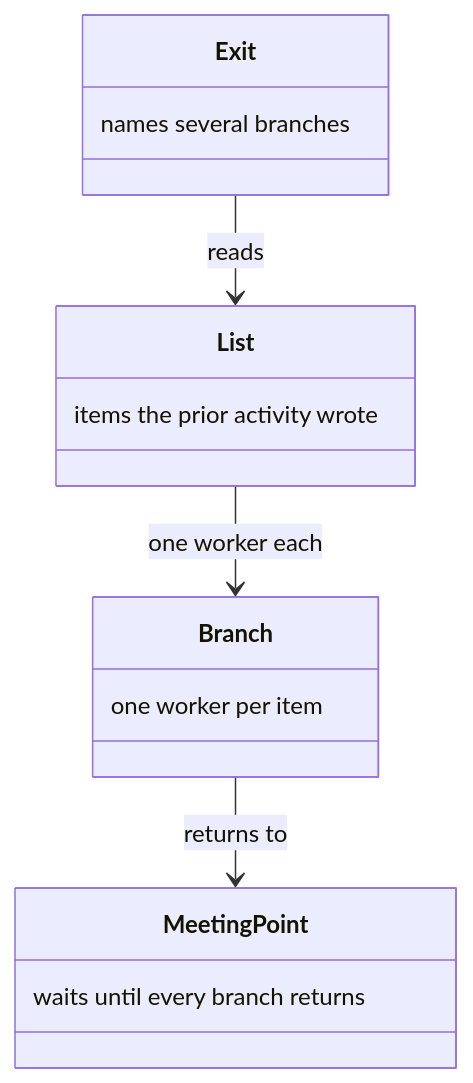
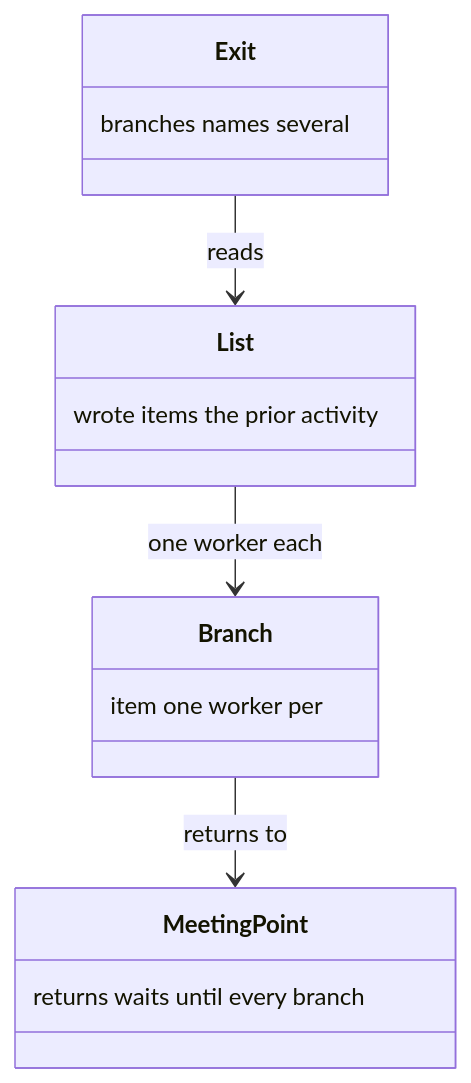
The tenth of 18 diagrams in docs/dispatch.md (m2ux/workflow-server), drawn with Mermaid before and after one commit. The commit also changed other lines of this file and 13 other files, not shown here.

````diff
--- a/docs/dispatch.md
+++ b/docs/dispatch.md
@@ -171,18 +171,18 @@
 ```mermaid
 classDiagram
   class Exit {
-    names several branches
+    branches names several
   }
   class List {
-    items the prior activity wrote
+    wrote items the prior activity
   }
   class Branch {
-    one worker per item
+    item one worker per
   }
   class MeetingPoint {
-    waits until every branch returns
+    returns waits until every branch
   }
   Exit --> List : reads
   List --> Branch : one worker each
   Branch --> MeetingPoint : returns to
 ```
````
